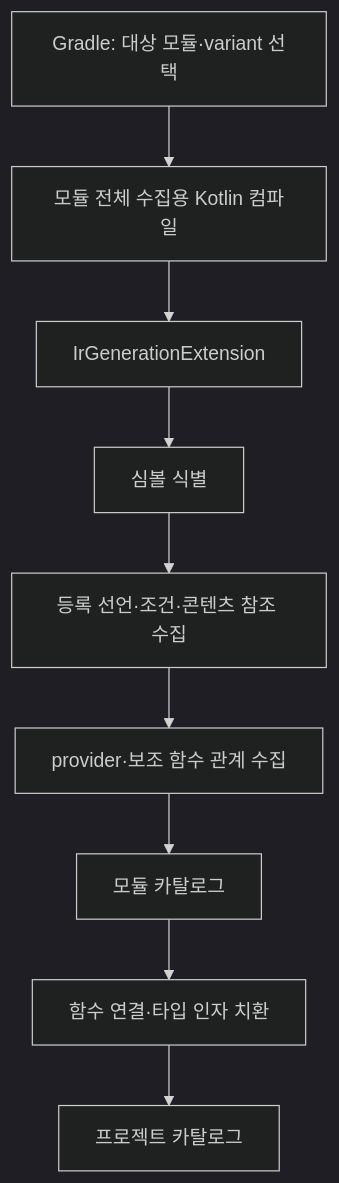
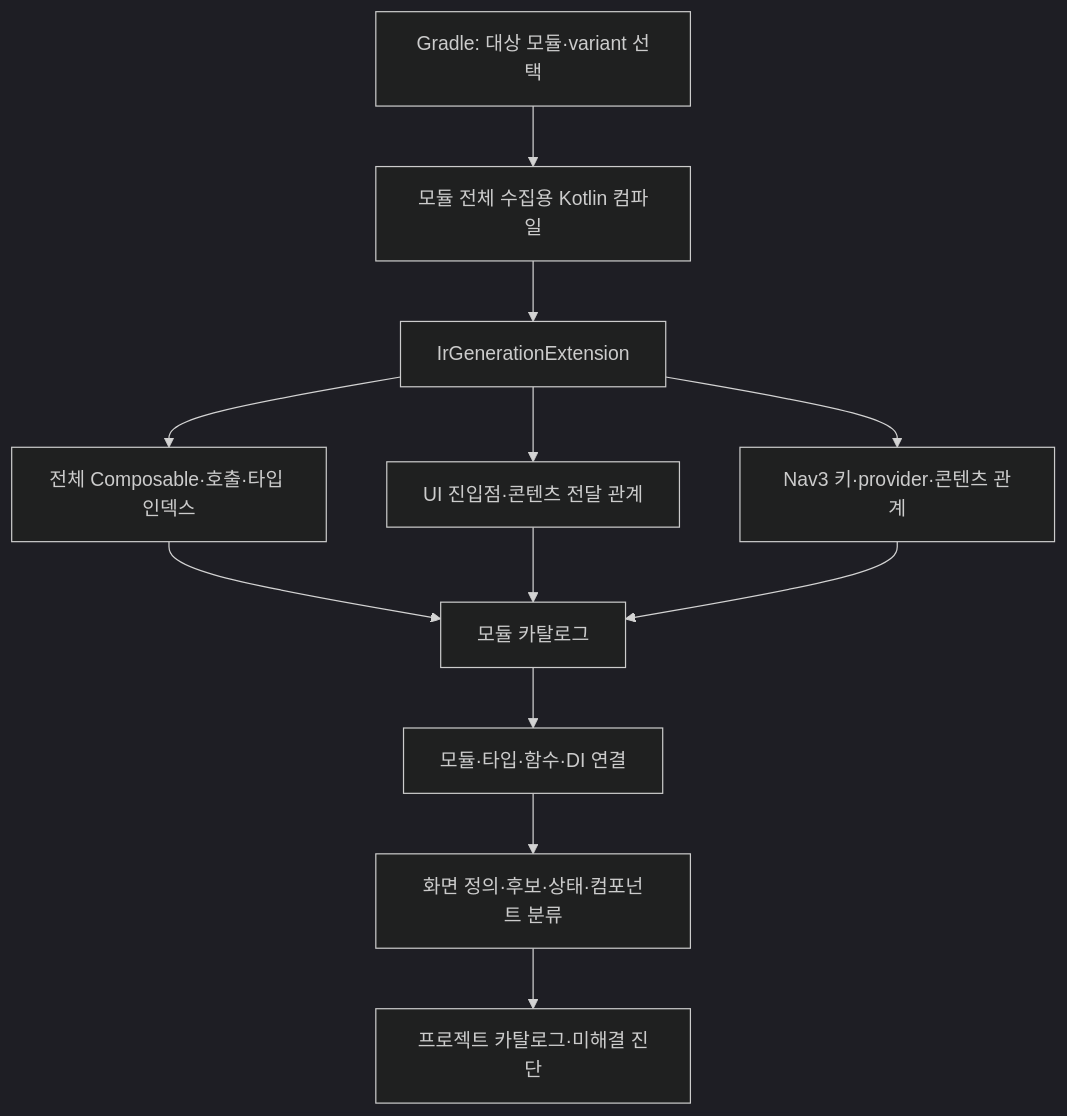
Before and after one commit to android-apm-tool/android-apm: the diagram in docs/03-nav3-entry-discovery.md, drawn with Mermaid (dark theme). The commit also changed other lines of this file and 7 other files, not shown here.

````diff
--- a/docs/03-nav3-entry-discovery.md
+++ b/docs/03-nav3-entry-discovery.md
@@ -9,11 +9,14 @@
 ```mermaid
 flowchart TD
     A[Gradle: 대상 모듈·variant 선택] --> B[모듈 전체 수집용 Kotlin 컴파일]
     B --> C[IrGenerationExtension]
-    C --> D[심볼 식별]
-    D --> E[등록 선언·조건·콘텐츠 참조 수집]
-    E --> F[provider·보조 함수 관계 수집]
-    F --> G[모듈 카탈로그]
-    G --> H[함수 연결·타입 인자 치환]
-    H --> I[프로젝트 카탈로그]
+    C --> D[전체 Composable·호출·타입 인덱스]
+    C --> E[UI 진입점·콘텐츠 전달 관계]
+    C --> F[Nav3 키·provider·콘텐츠 관계]
+    D --> G[모듈 카탈로그]
+    E --> G
+    F --> G
+    G --> H[모듈·타입·함수·DI 연결]
+    H --> I[화면 정의·후보·상태·컴포넌트 분류]
+    I --> J[프로젝트 카탈로그·미해결 진단]
 ```
````
